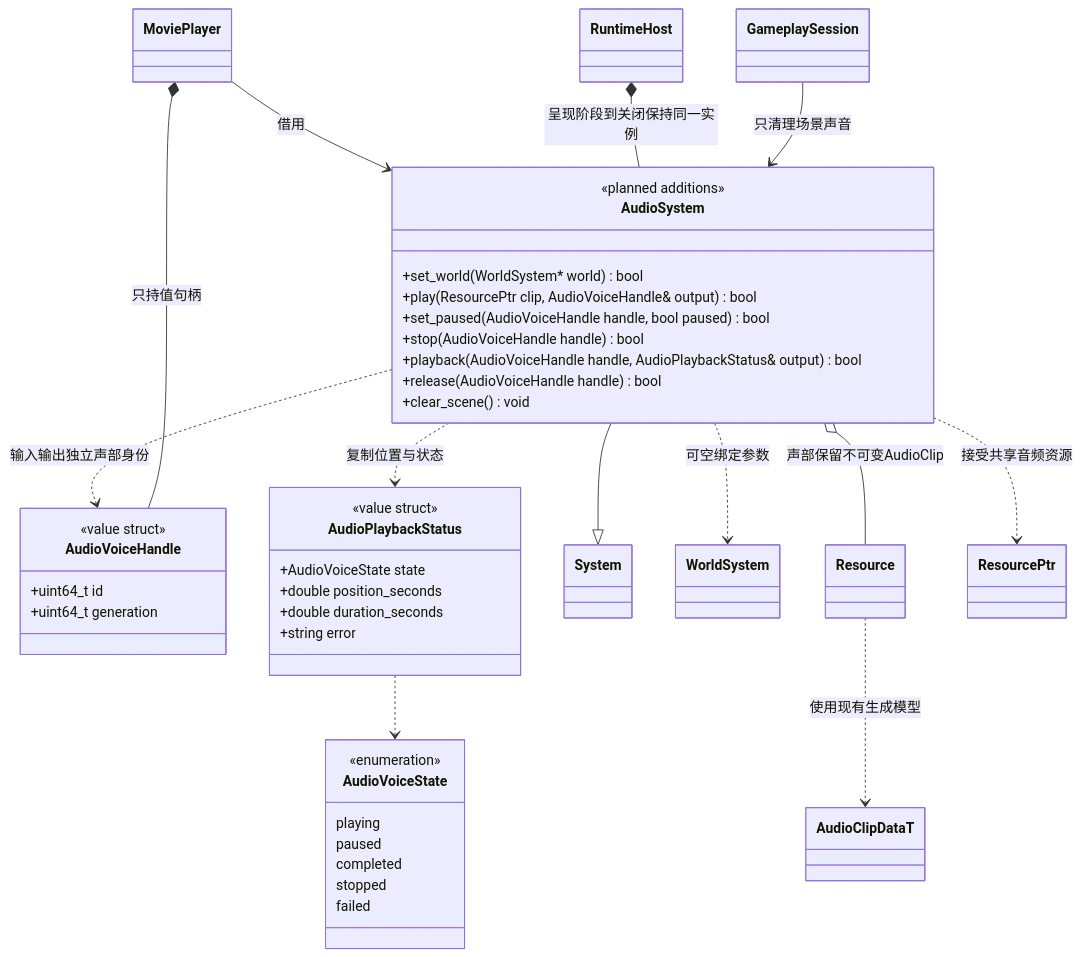
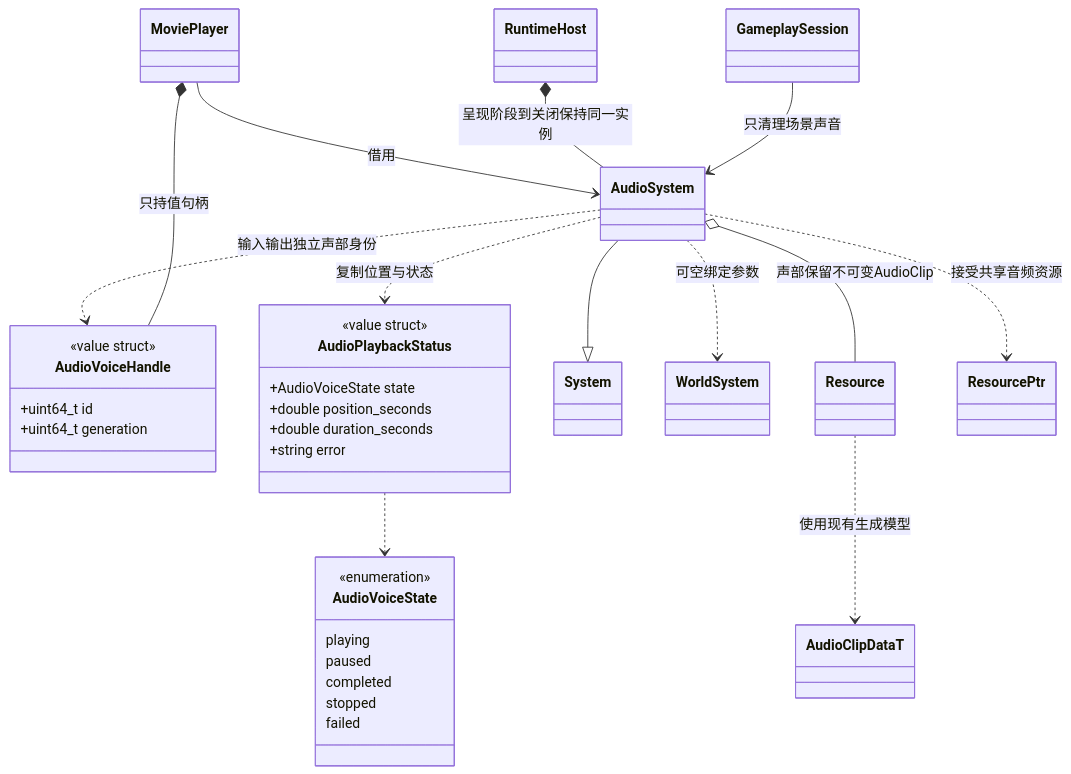
One commit to lcals/Engine changed the diagram in docs/runtime/class-diagrams/movie-audio.md. Above: the diagram before and after it, drawn with Mermaid. The commit also changed other lines of this file and 44 other files, not shown here.

````diff
--- a/docs/runtime/class-diagrams/movie-audio.md
+++ b/docs/runtime/class-diagrams/movie-audio.md
@@ -11,53 +11,44 @@
 ```mermaid
 classDiagram
-    class AudioSystem {
-        <<planned additions>>
-        +set_world(WorldSystem* world) bool
-        +play(ResourcePtr clip, AudioVoiceHandle& output) bool
-        +set_paused(AudioVoiceHandle handle, bool paused) bool
-        +stop(AudioVoiceHandle handle) bool
-        +playback(AudioVoiceHandle handle, AudioPlaybackStatus& output) bool
-        +release(AudioVoiceHandle handle) bool
-        +clear_scene() void
-    }
+    class AudioSystem
     class AudioVoiceHandle {
         <<value struct>>
         +uint64_t id
         +uint64_t generation
     }
     class AudioPlaybackStatus {
         <<value struct>>
         +AudioVoiceState state
         +double position_seconds
         +double duration_seconds
         +string error
     }
     class AudioVoiceState {
         <<enumeration>>
         playing
         paused
         completed
         stopped
         failed
     }
     class System
     class WorldSystem
     class Resource
     class ResourcePtr
     class AudioClipDataT
     class MoviePlayer
     class GameplaySession
     class RuntimeHost
     AudioSystem --|> System
     AudioSystem ..> WorldSystem : 可空绑定参数
     AudioSystem ..> ResourcePtr : 接受共享音频资源
     AudioSystem ..> AudioVoiceHandle : 输入输出独立声部身份
     AudioSystem ..> AudioPlaybackStatus : 复制位置与状态
     AudioPlaybackStatus ..> AudioVoiceState
     AudioSystem o-- Resource : 声部保留不可变AudioClip
     Resource ..> AudioClipDataT : 使用现有生成模型
     MoviePlayer --> AudioSystem : 借用
     MoviePlayer *-- AudioVoiceHandle : 只持值句柄
     RuntimeHost *-- AudioSystem : 呈现阶段到关闭保持同一实例
     GameplaySession --> AudioSystem : 只清理场景声音
 ```
````
